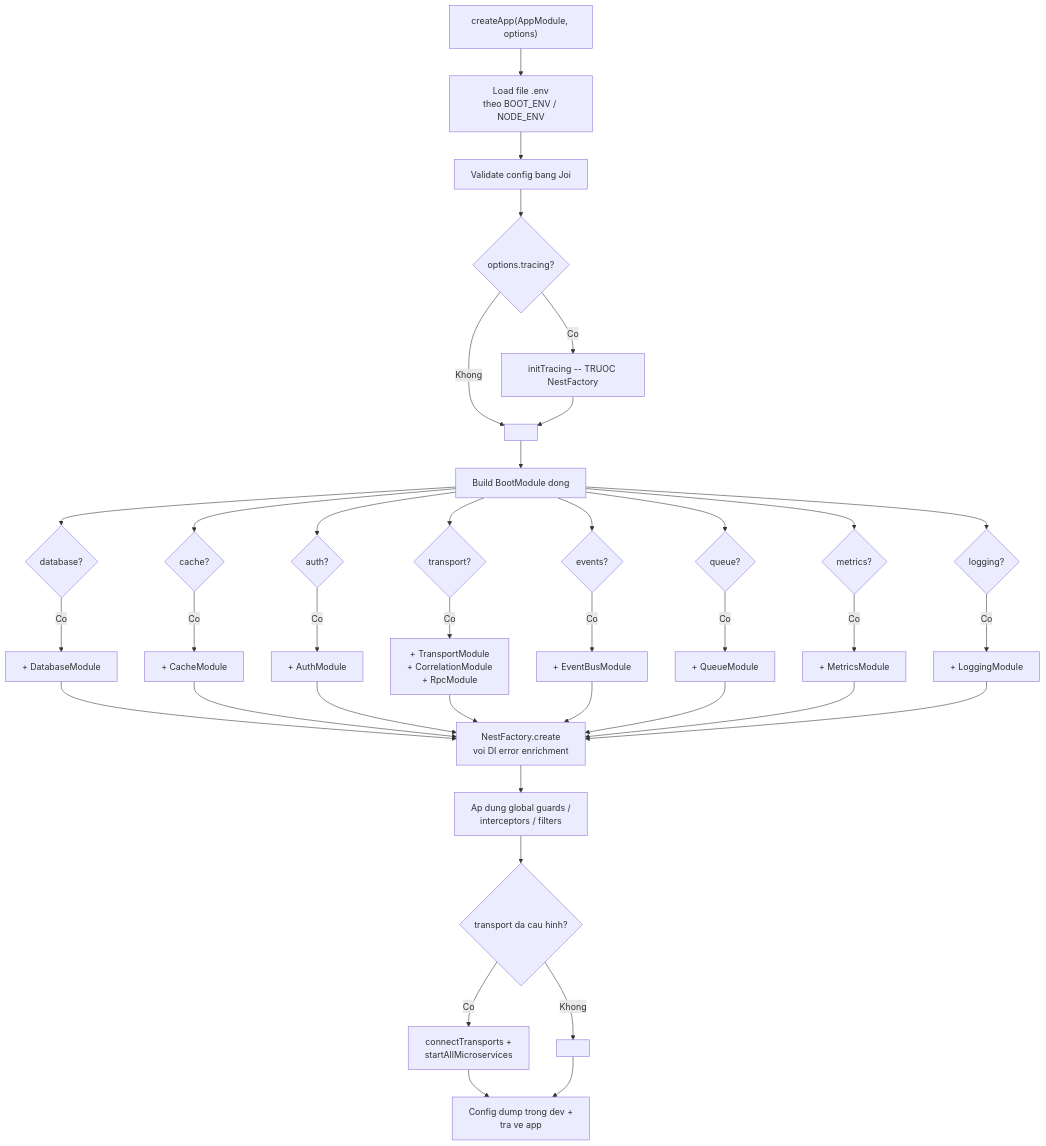
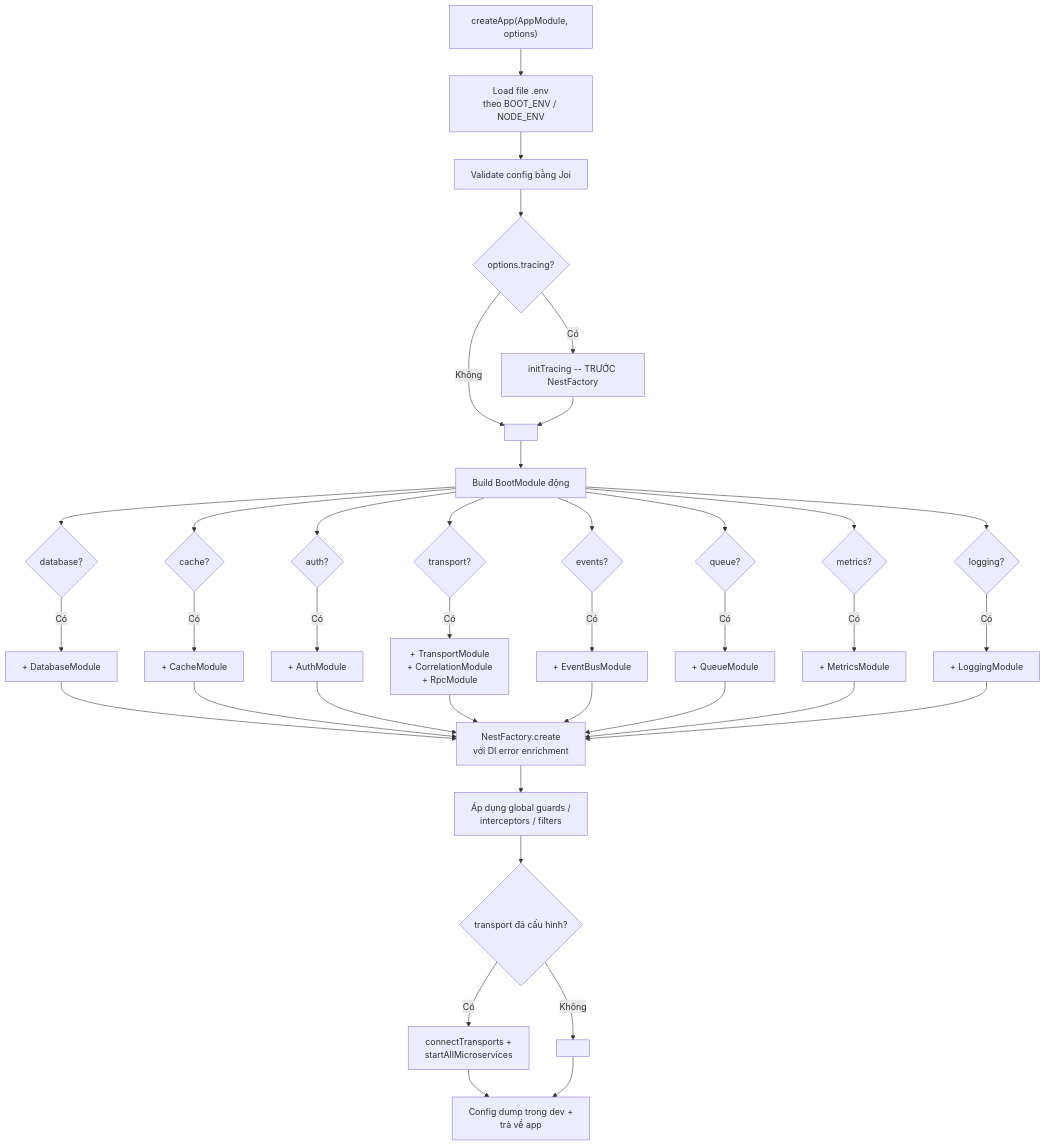
One commit to nthanhdo/nestjs-boot changed the second of 2 diagrams in README.vi.md. Above: the diagram before and after it, drawn with Mermaid. The commit also changed other lines of this file, not shown here.

````diff
--- a/README.vi.md
+++ b/README.vi.md
@@ -146,33 +146,33 @@
 ```mermaid
 flowchart TD
     A["createApp(AppModule, options)"] --> B0[Load file .env<br/>theo BOOT_ENV / NODE_ENV]
-    B0 --> B1[Validate config bang Joi]
+    B0 --> B1[Validate config bằng Joi]
     B1 --> B{options.tracing?}
-    B -->|Co| C[initTracing -- TRUOC NestFactory]
-    B -->|Khong| D[ ]
+    B -->|Có| C[initTracing -- TRƯỚC NestFactory]
+    B -->|Không| D[ ]
     C --> D
-    D --> E[Build BootModule dong]
+    D --> E[Build BootModule động]
     E --> F{database?}
     E --> G{cache?}
     E --> H{auth?}
     E --> I{transport?}
     E --> J{events?}
     E --> K{queue?}
     E --> L2{metrics?}
     E --> L3{logging?}
-    F -->|Co| F1[+ DatabaseModule]
-    G -->|Co| G1[+ CacheModule]
-    H -->|Co| H1[+ AuthModule]
-    I -->|Co| I1[+ TransportModule<br/>+ CorrelationModule<br/>+ RpcModule]
-    J -->|Co| J1[+ EventBusModule]
-    K -->|Co| K1[+ QueueModule]
-    L2 -->|Co| L21[+ MetricsModule]
-    L3 -->|Co| L31[+ LoggingModule]
-    F1 & G1 & H1 & I1 & J1 & K1 & L21 & L31 --> L[NestFactory.create<br/>voi DI error enrichment]
-    L --> M[Ap dung global guards /<br/>interceptors / filters]
-    M --> N{transport da cau hinh?}
-    N -->|Co| O[connectTransports +<br/>startAllMicroservices]
-    N -->|Khong| P[ ]
-    O --> Q[Config dump trong dev +<br/>tra ve app]
+    F -->|Có| F1[+ DatabaseModule]
+    G -->|Có| G1[+ CacheModule]
+    H -->|Có| H1[+ AuthModule]
+    I -->|Có| I1[+ TransportModule<br/>+ CorrelationModule<br/>+ RpcModule]
+    J -->|Có| J1[+ EventBusModule]
+    K -->|Có| K1[+ QueueModule]
+    L2 -->|Có| L21[+ MetricsModule]
+    L3 -->|Có| L31[+ LoggingModule]
+    F1 & G1 & H1 & I1 & J1 & K1 & L21 & L31 --> L[NestFactory.create<br/>với DI error enrichment]
+    L --> M[Áp dụng global guards /<br/>interceptors / filters]
+    M --> N{transport đã cấu hình?}
+    N -->|Có| O[connectTransports +<br/>startAllMicroservices]
+    N -->|Không| P[ ]
+    O --> Q[Config dump trong dev +<br/>trả về app]
     P --> Q
 ```
````
